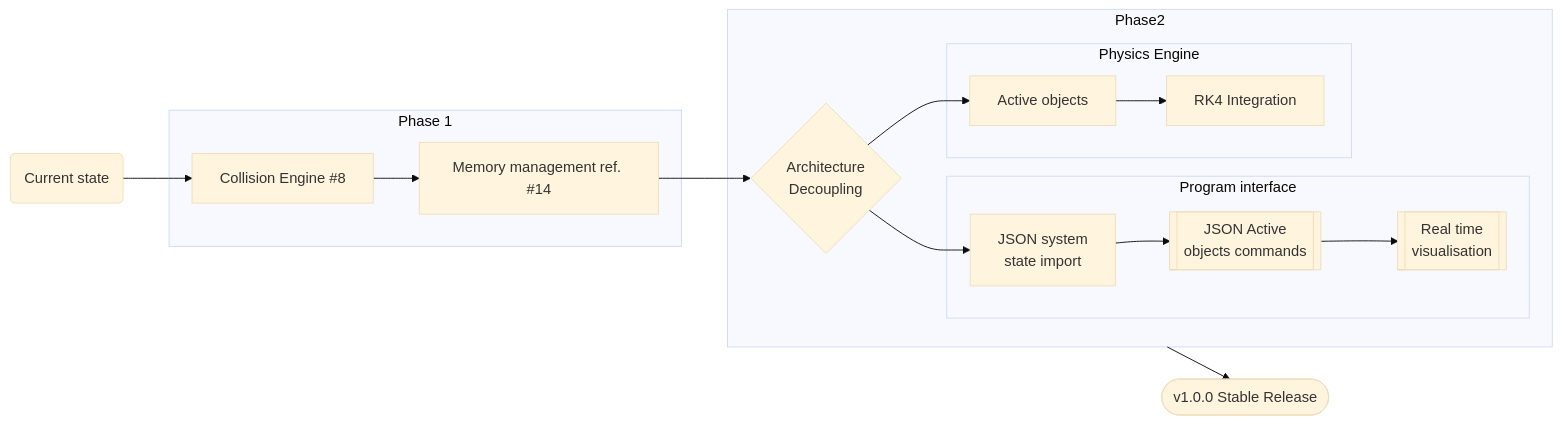
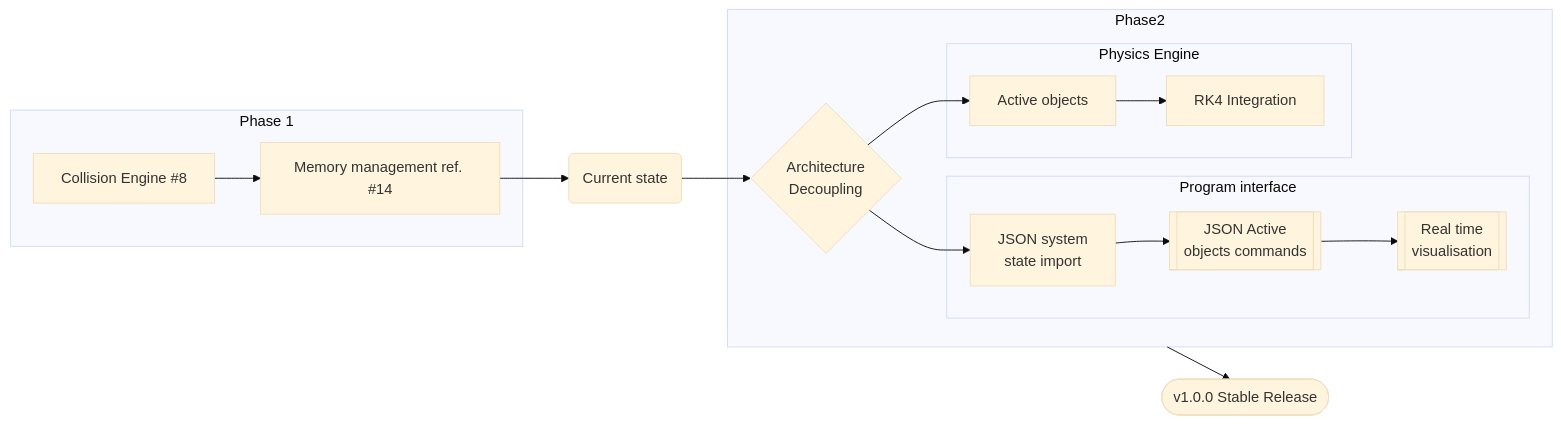
One commit to kotenko-o/simple-orbit-simulator changed the first of 3 diagrams in README.md. Above: the diagram before and after it, drawn with Mermaid (base theme). The commit also changed other lines of this file, not shown here.

Commit message:
docs: Update roadmap

````diff
--- a/README.md
+++ b/README.md
@@ -46,34 +46,33 @@
 ```mermaid
 flowchart LR
     Now(Current state)
 
-    Now --> P11 --> P12
+    P11 --> P12 --> Now --> Split
     subgraph Phase1[Phase 1]
         P11[Collision Engine #8]
         P12[Memory management ref. #14]
     end
 
-    P12 --> Split
     Split{Architecture <br> Decoupling}
 
     subgraph Phase2
         Split
         Engine
         Interface
     end
 
     Split --> E1 --> E2
     subgraph Engine[Physics Engine]
         E1[Active objects]
         E2[RK4 Integration]
     end
 
     Split --> PI1 --> PI2 --> PI3
     subgraph Interface[Program interface]
         PI1[JSON system <br> state import]
         PI2[[JSON Active <br> objects commands]]
         PI3[[Real time <br> visualisation]]
     end
 
 Phase2 --> V1([v1.0.0 Stable Release])
 ```
````
